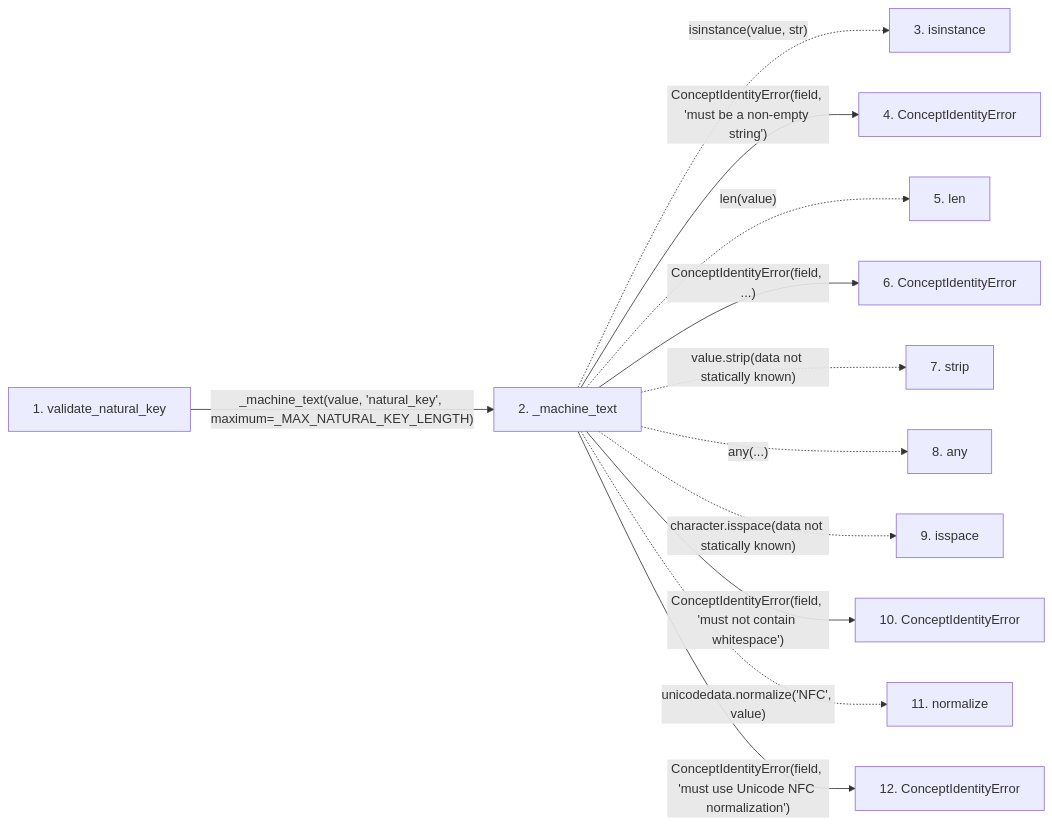
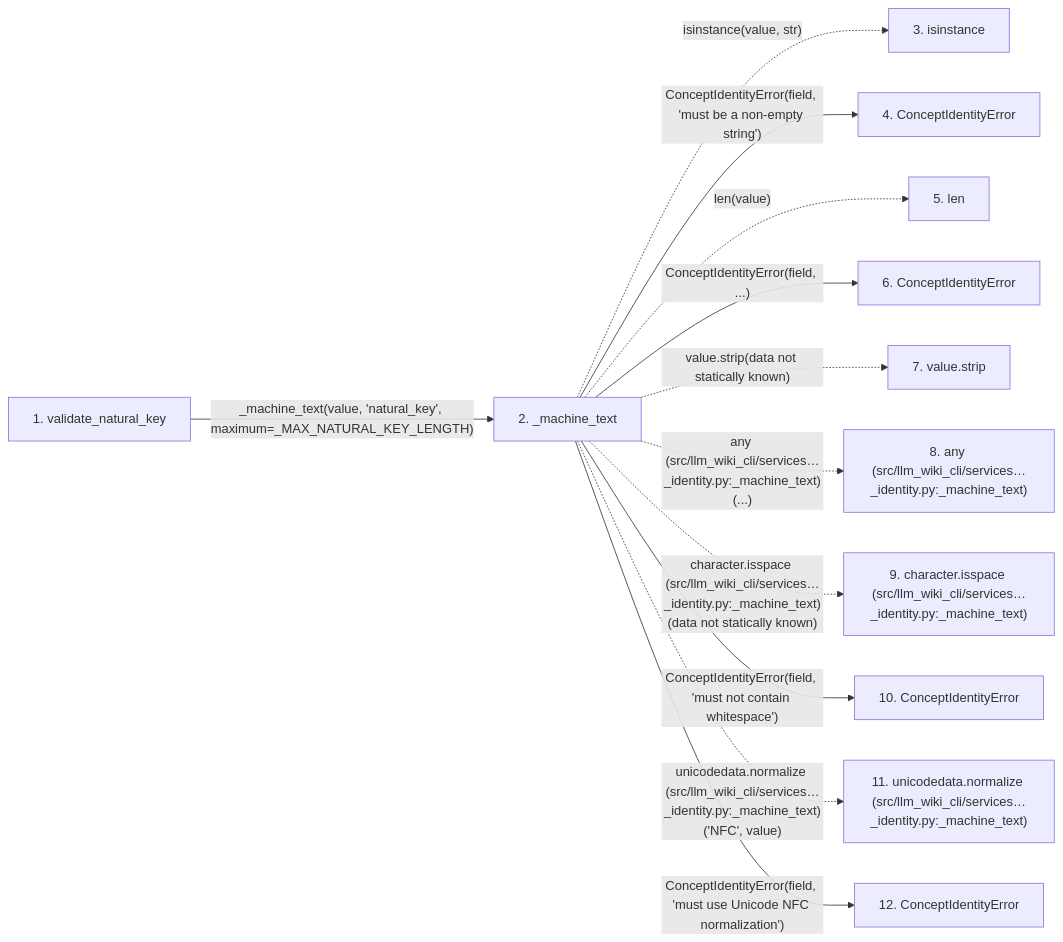
One commit to Denissvgn/python-wiki-llm changed the second of 2 diagrams in docs/llm_wiki/flows/api-validate_natural_key.md. Above: the diagram before and after it, drawn with Mermaid. The commit also changed other lines of this file and 719 other files, not shown here.

````diff
--- a/docs/llm_wiki/flows/api-validate_natural_key.md
+++ b/docs/llm_wiki/flows/api-validate_natural_key.md
@@ -68,32 +69,32 @@
 ```mermaid
 flowchart LR
     s1["1. validate_natural_key"]
     s2["2. _machine_text"]
     s3["3. isinstance"]
     s4["4. ConceptIdentityError"]
     s5["5. len"]
     s6["6. ConceptIdentityError"]
-    s7["7. strip"]
-    s8["8. any"]
-    s9["9. isspace"]
+    s7["7. value.strip"]
+    s8["8. any (src/llm_wiki_cli/services…_identity.py:_machine_text)"]
+    s9["9. character.isspace (src/llm_wiki_cli/services…_identity.py:_machine_text)"]
     s10["10. ConceptIdentityError"]
-    s11["11. normalize"]
+    s11["11. unicodedata.normalize (src/llm_wiki_cli/services…_identity.py:_machine_text)"]
     s12["12. ConceptIdentityError"]
     s1 -->|"_machine_text(value, 'natural_key', maximum=_MAX_NATURAL_KEY_LENGTH)"| s2
     s2 -. "isinstance(value, str)" .-> s3
     s2 -->|"ConceptIdentityError(field, 'must be a non-empty string')"| s4
     s2 -. "len(value)" .-> s5
     s2 -->|"ConceptIdentityError(field, ...)"| s6
     s2 -. "value.strip(data not statically known)" .-> s7
-    s2 -. "any(...)" .-> s8
-    s2 -. "character.isspace(data not statically known)" .-> s9
+    s2 -. "any (src/llm_wiki_cli/services…_identity.py:_machine_text)(...)" .-> s8
+    s2 -. "character.isspace (src/llm_wiki_cli/services…_identity.py:_machine_text)(data not statically known)" .-> s9
     s2 -->|"ConceptIdentityError(field, 'must not contain whitespace')"| s10
-    s2 -. "unicodedata.normalize('NFC', value)" .-> s11
+    s2 -. "unicodedata.normalize (src/llm_wiki_cli/services…_identity.py:_machine_text)('NFC', value)" .-> s11
     s2 -->|"ConceptIdentityError(field, 'must use Unicode NFC normalization')"| s12
     click s1 "../modules/concept_identity.md"
     click s2 "../modules/concept_identity.md"
     click s4 "../modules/concept_identity.md"
     click s6 "../modules/concept_identity.md"
     click s10 "../modules/concept_identity.md"
     click s12 "../modules/concept_identity.md"
 ```
````
